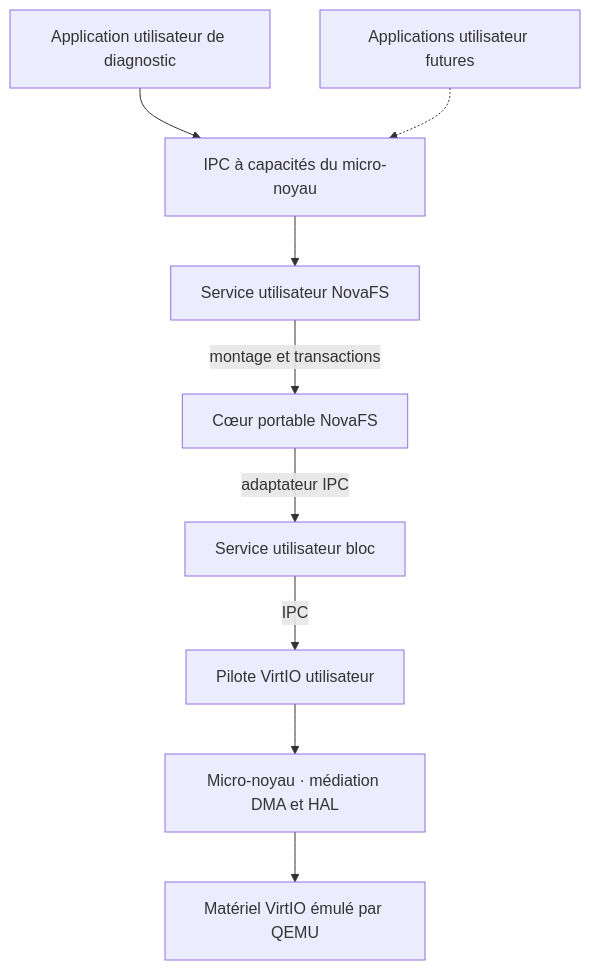
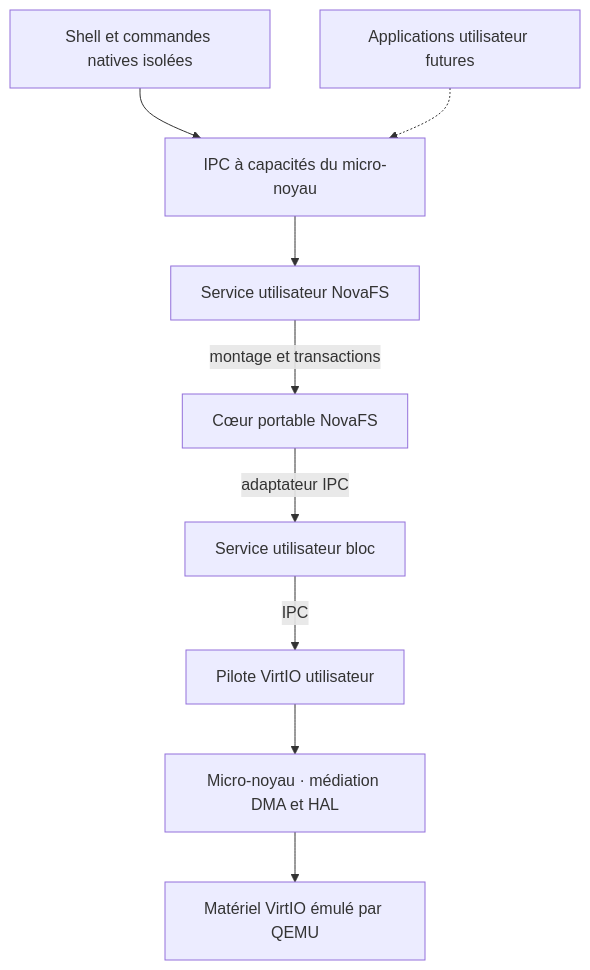
Before and after one commit to NaviStorm/NovaOS: the diagram in README.md, drawn with Mermaid. The commit also changed other lines of this file and 60 other files, not shown here.

Commit message:
NovaOS v0.13.0 — CLI : shell et commandes natives isolées

````diff
--- a/README.md
+++ b/README.md
@@ -15,11 +15,11 @@
 ```mermaid
 flowchart TD
-    app[Application utilisateur de diagnostic] --> ipc[IPC à capacités du micro-noyau]
+    app[Shell et commandes natives isolées] --> ipc[IPC à capacités du micro-noyau]
     apps[Applications utilisateur futures] -.-> ipc
     ipc --> fs[Service utilisateur NovaFS]
     fs -->|montage et transactions| moteur[Cœur portable NovaFS]
     moteur -->|adaptateur IPC| bloc[Service utilisateur bloc]
     bloc -->|IPC| pilote[Pilote VirtIO utilisateur]
     pilote --> noyau[Micro-noyau · médiation DMA et HAL]
     noyau --> materiel[Matériel VirtIO émulé par QEMU]
 ```
````
